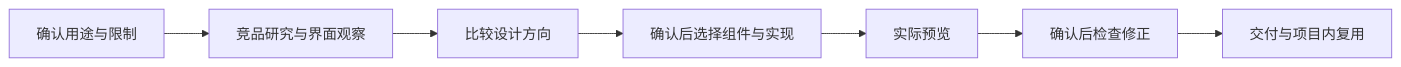
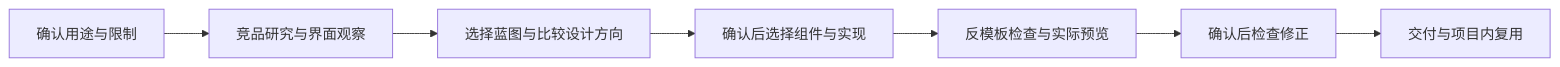
One commit to Dean202305/visual-design-skill changed the diagram in README.md. Above: the diagram before and after it, drawn with Mermaid. The commit also changed other lines of this file and 105 other files, not shown here.

````diff
--- a/README.md
+++ b/README.md
@@ -62,9 +78,9 @@
 ```mermaid
 flowchart LR
     A[确认用途与限制] --> B[竞品研究与界面观察]
-    B --> C[比较设计方向]
+    B --> C[选择蓝图与比较设计方向]
     C --> D[确认后选择组件与实现]
-    D --> E[实际预览]
+    D --> E[反模板检查与实际预览]
     E --> F[确认后检查修正]
     F --> G[交付与项目内复用]
 ```
````
